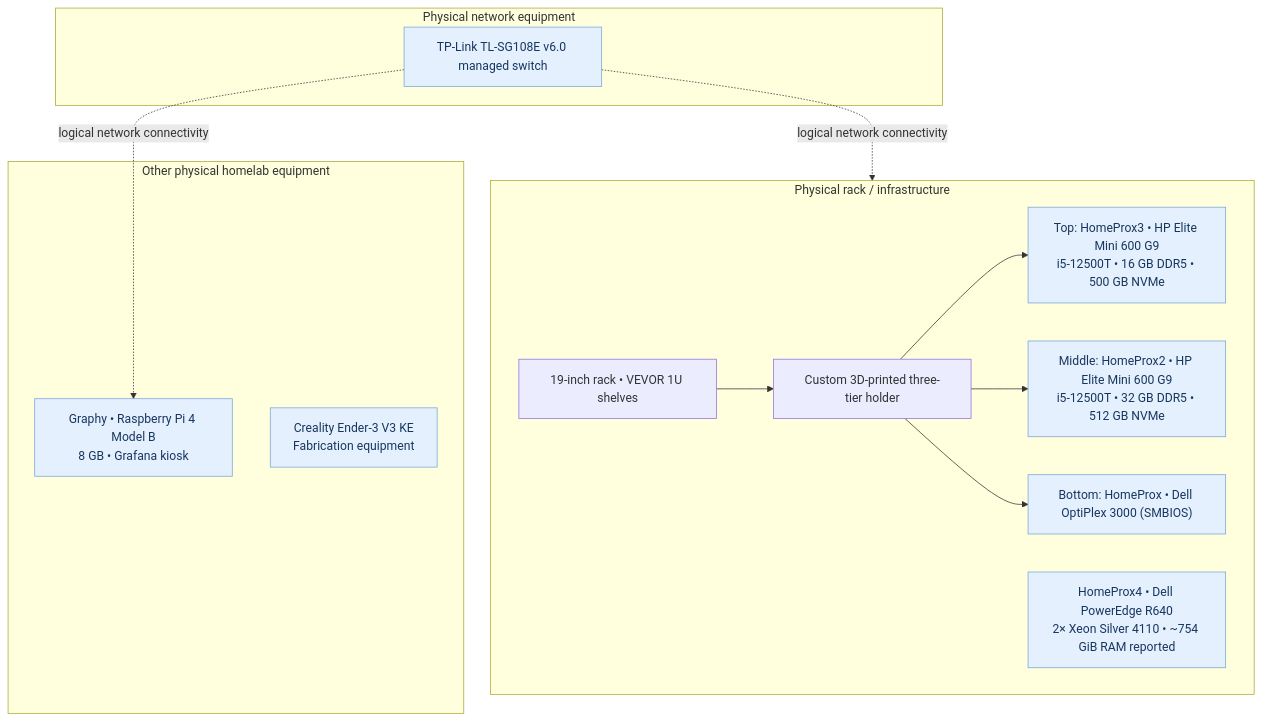
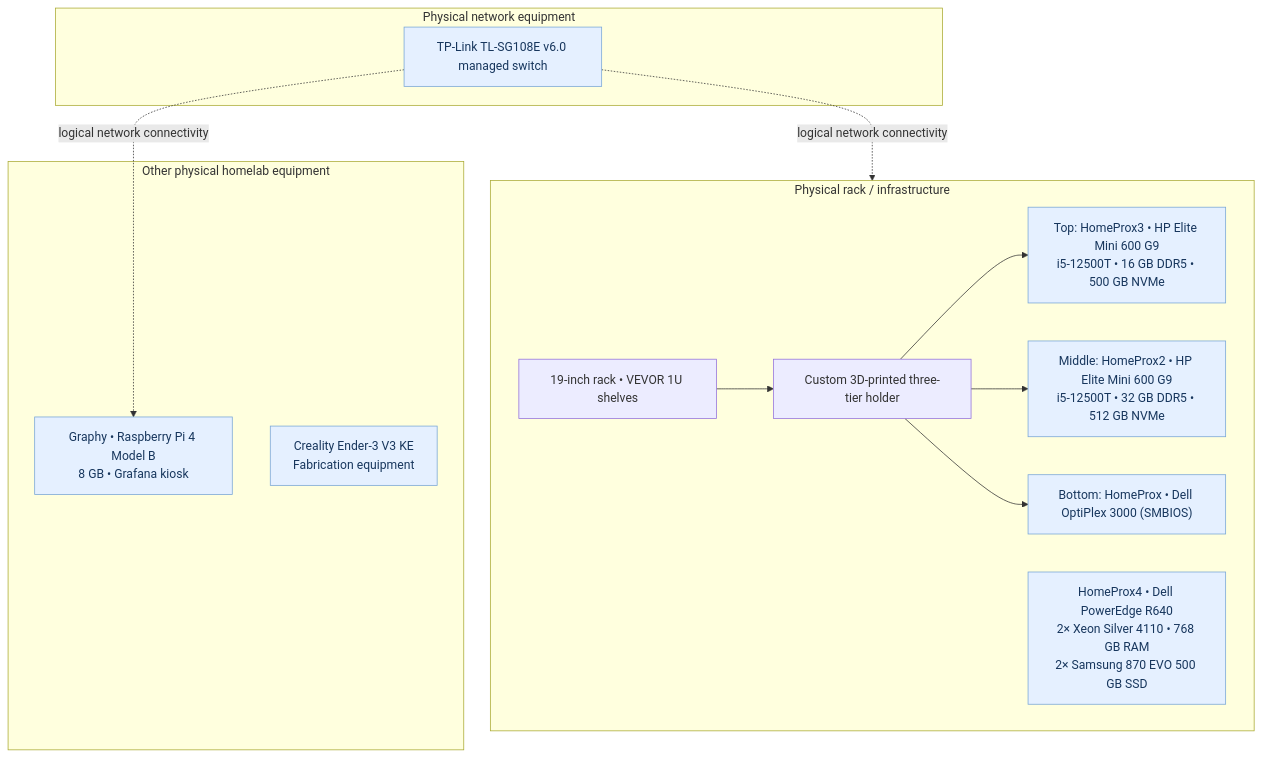
One commit to samuelkemp1619/HOMELAB-PORTFOLIO changed the second of 2 diagrams in network/diagrams/README.md. Above: the diagram before and after it, drawn with Mermaid. The commit also changed other lines of this file, not shown here.

Commit message:
Record verified R640 CPU memory SSD and network hardware

````diff
--- a/network/diagrams/README.md
+++ b/network/diagrams/README.md
@@ -54,26 +54,26 @@
 ```mermaid
 flowchart TB
     subgraph RACK["Physical rack / infrastructure"]
         SHELVES["19-inch rack • VEVOR 1U shelves"]
         HOLDER["Custom 3D-printed three-tier holder"]
         H3["Top: HomeProx3 • HP Elite Mini 600 G9<br/>i5-12500T • 16 GB DDR5 • 500 GB NVMe"]
         H2["Middle: HomeProx2 • HP Elite Mini 600 G9<br/>i5-12500T • 32 GB DDR5 • 512 GB NVMe"]
         H1["Bottom: HomeProx • Dell OptiPlex 3000 (SMBIOS)"]
-        R640["HomeProx4 • Dell PowerEdge R640<br/>2× Xeon Silver 4110 • ~754 GiB RAM reported"]
+        R640["HomeProx4 • Dell PowerEdge R640<br/>2× Xeon Silver 4110 • 768 GB RAM<br/>2× Samsung 870 EVO 500 GB SSD"]
         SHELVES --> HOLDER
         HOLDER --> H3
         HOLDER --> H2
         HOLDER --> H1
     end
     subgraph NETWORK_HW["Physical network equipment"]
         SWITCH_HW["TP-Link TL-SG108E v6.0 managed switch"]
     end
     subgraph OTHER_HW["Other physical homelab equipment"]
         PI4["Graphy • Raspberry Pi 4 Model B<br/>8 GB • Grafana kiosk"]
         PRINTER["Creality Ender-3 V3 KE<br/>Fabrication equipment"]
     end
     SWITCH_HW -. "logical network connectivity" .-> RACK
     SWITCH_HW -. "logical network connectivity" .-> PI4
     classDef platform fill:#e5f0ff,color:#17365d,stroke:#77a5d6
     class H1,H2,H3,R640,SWITCH_HW,PI4,PRINTER platform
 ```
````
